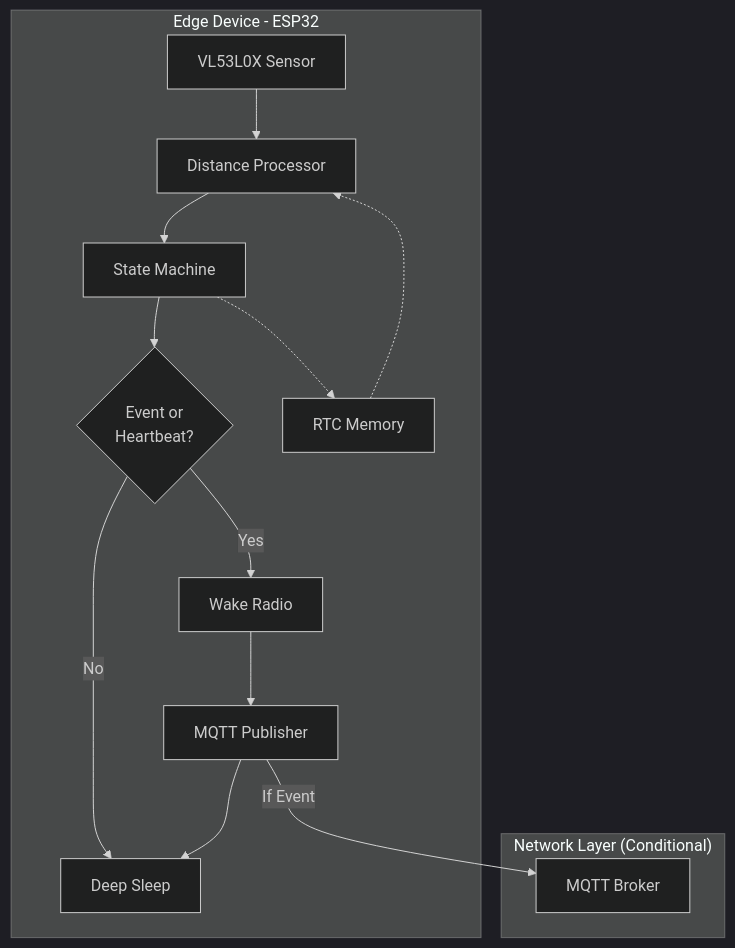
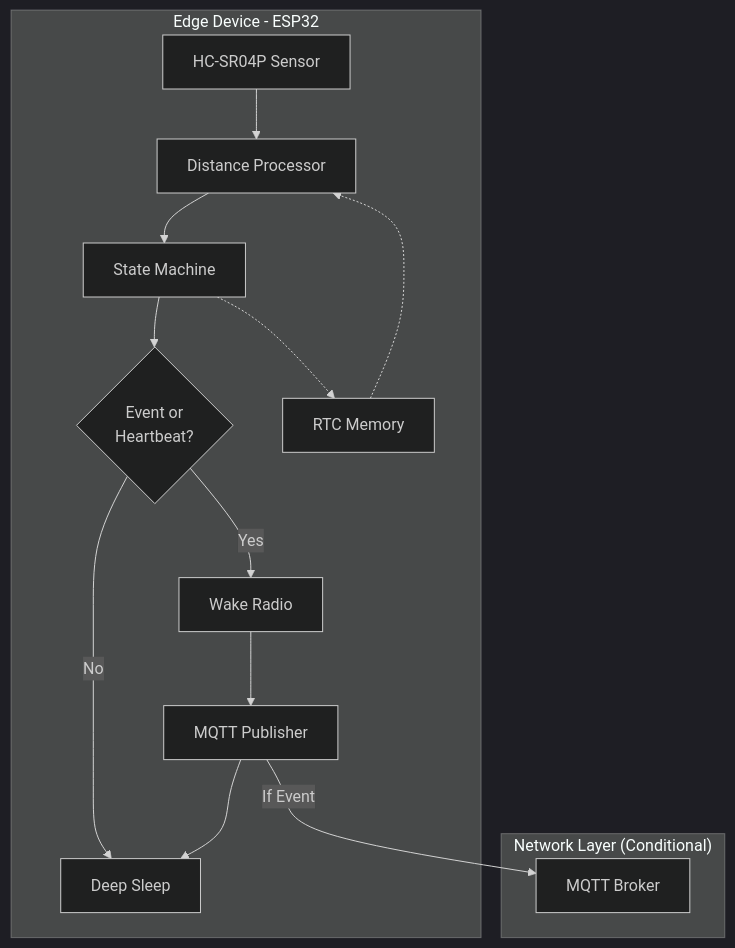
One commit to the-coding-carrot/IoT-Test changed the first of 2 diagrams in README.md. Above: the diagram before and after it, drawn with Mermaid (dark theme). The commit also changed other lines of this file and 7 other files, not shown here.

````diff
--- a/README.md
+++ b/README.md
@@ -114,20 +114,20 @@
 ```mermaid
 graph TB
     subgraph "Edge Device - ESP32"
-        A[VL53L0X Sensor] --> B[Distance Processor]
+        A[HC-SR04P Sensor] --> B[Distance Processor]
         B --> C[State Machine]
         C --> D{Event or<br/>Heartbeat?}
         D -->|Yes| E[Wake Radio]
         D -->|No| F[Deep Sleep]
         E --> G[MQTT Publisher]
         G --> F
         H[RTC Memory]
     end
 
     C -.-> H
     H -.-> B
 
     subgraph "Network Layer (Conditional)"
         G -->|If Event| I[MQTT Broker]
     end
 ```
````
